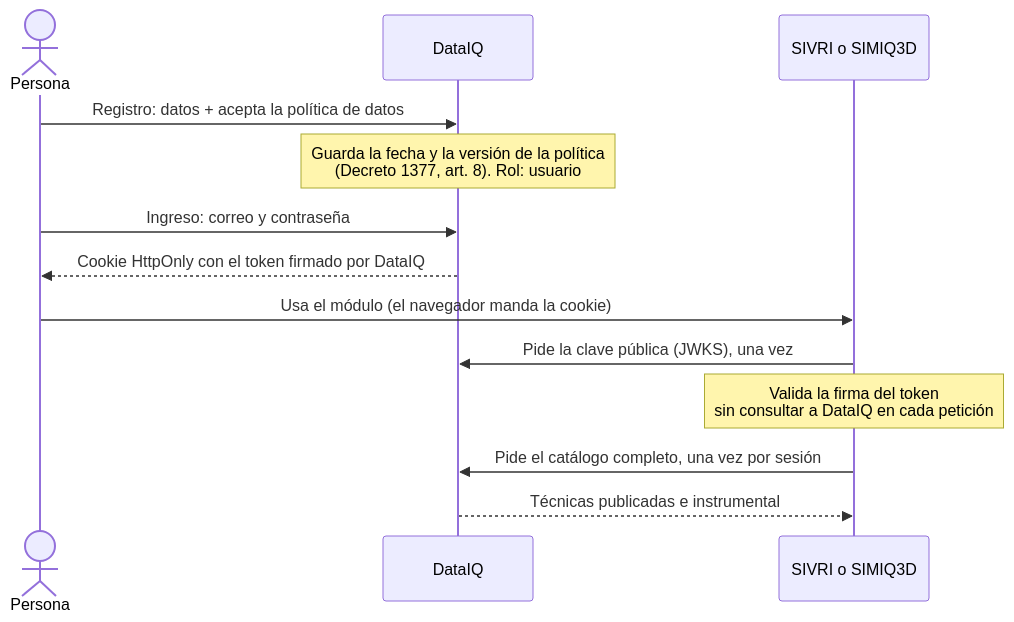
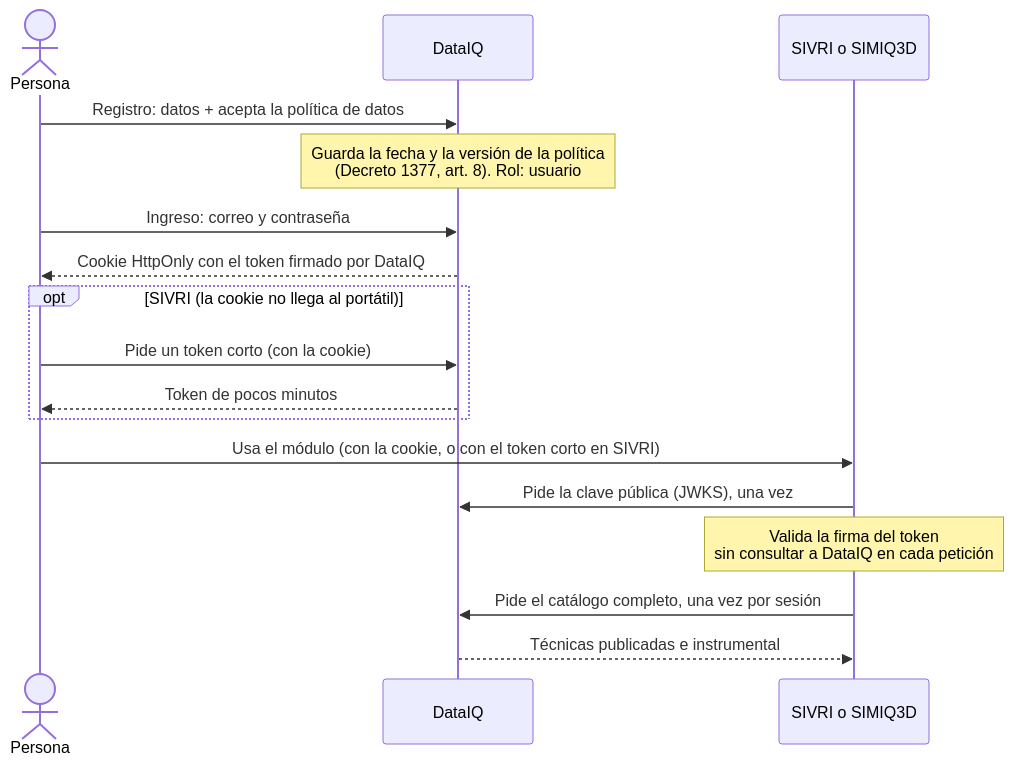
One commit to curn-iq/iq-platform changed the fifth of 5 diagrams in docs/flujos.md. Above: the diagram before and after it, drawn with Mermaid. The commit also changed other lines of this file and 3 other files, not shown here.

Commit message:
docs: SIVRI recibe un token corto, no la cookie

````diff
--- a/docs/flujos.md
+++ b/docs/flujos.md
@@ -139,16 +141,20 @@
 ```mermaid
 sequenceDiagram
     actor P as Persona
     participant D as DataIQ
     participant M as SIVRI o SIMIQ3D
 
     P->>D: Registro: datos + acepta la política de datos
     Note over D: Guarda la fecha y la versión de la política<br/>(Decreto 1377, art. 8). Rol: usuario
     P->>D: Ingreso: correo y contraseña
     D-->>P: Cookie HttpOnly con el token firmado por DataIQ
-    P->>M: Usa el módulo (el navegador manda la cookie)
+    opt SIVRI (la cookie no llega al portátil)
+        P->>D: Pide un token corto (con la cookie)
+        D-->>P: Token de pocos minutos
+    end
+    P->>M: Usa el módulo (con la cookie, o con el token corto en SIVRI)
     M->>D: Pide la clave pública (JWKS), una vez
     Note over M: Valida la firma del token<br/>sin consultar a DataIQ en cada petición
     M->>D: Pide el catálogo completo, una vez por sesión
     D-->>M: Técnicas publicadas e instrumental
 ```
````
